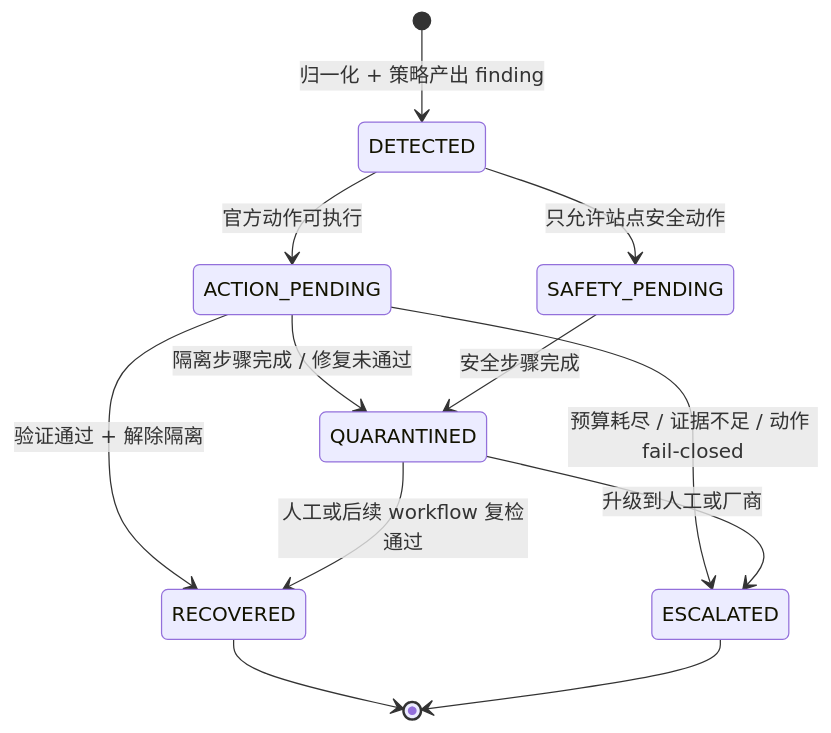
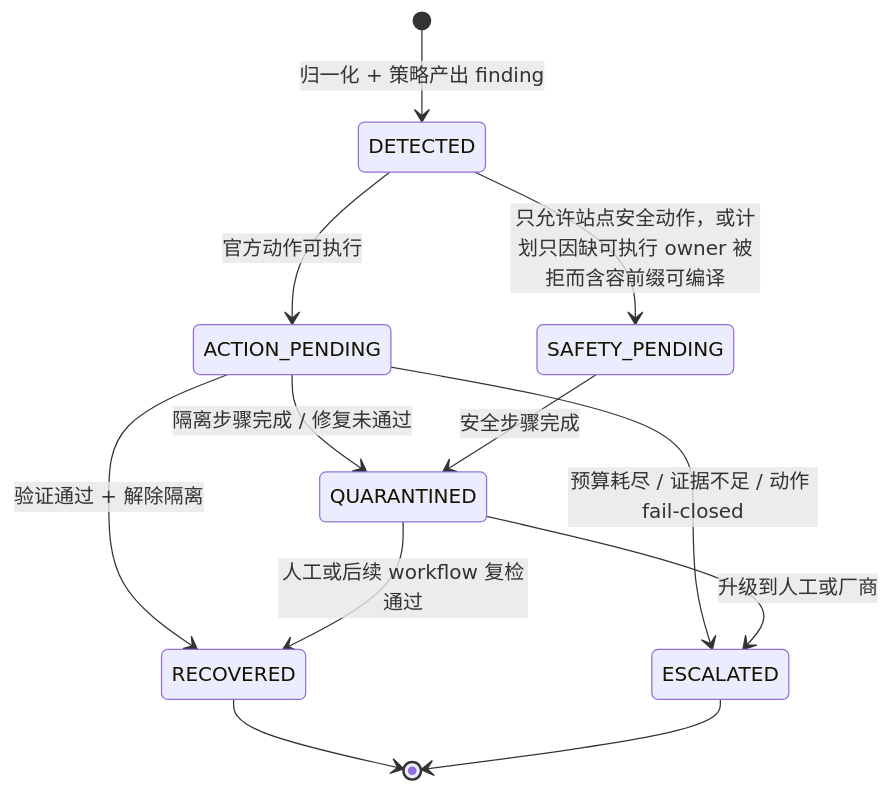
The fourth of 5 diagrams in docs/概要设计-v2.md (yuhuiaws/GPU-Fault-Recovery-System), drawn with Mermaid before and after one commit. The commit also changed 31 other files, not shown here.

````diff
--- a/docs/概要设计-v2.md
+++ b/docs/概要设计-v2.md
@@ -486,14 +486,14 @@
 ```mermaid
 stateDiagram-v2
     [*] --> DETECTED: 归一化 + 策略产出 finding
     DETECTED --> ACTION_PENDING: 官方动作可执行
-    DETECTED --> SAFETY_PENDING: 只允许站点安全动作
+    DETECTED --> SAFETY_PENDING: 只允许站点安全动作，或计划只因缺可执行 owner 被拒而含容前缀可编译
     ACTION_PENDING --> QUARANTINED: 隔离步骤完成 / 修复未通过
     SAFETY_PENDING --> QUARANTINED: 安全步骤完成
     ACTION_PENDING --> RECOVERED: 验证通过 + 解除隔离
     QUARANTINED --> RECOVERED: 人工或后续 workflow 复检通过
     ACTION_PENDING --> ESCALATED: 预算耗尽 / 证据不足 / 动作 fail-closed
     QUARANTINED --> ESCALATED: 升级到人工或厂商
     RECOVERED --> [*]
     ESCALATED --> [*]
 ```
````
